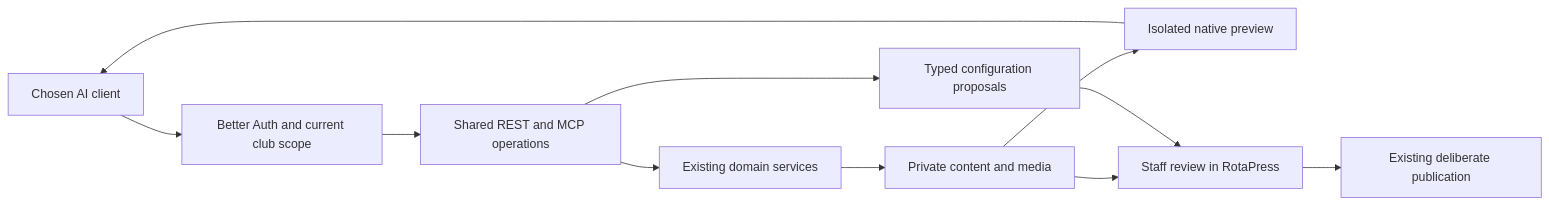
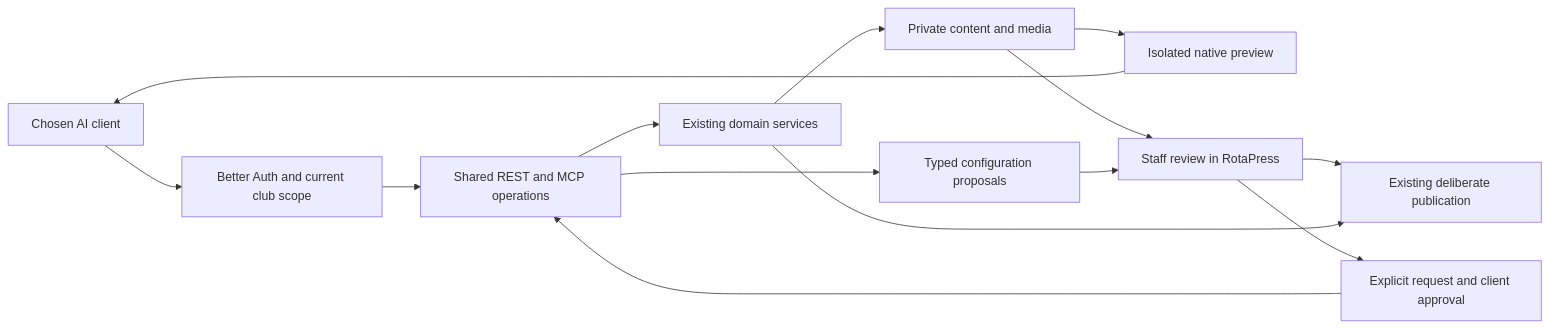
Before and after one commit to Rotaract-Luxembourg-ASBL/RotaPress: the diagram in docs/development/automation-workflows.md, drawn with Mermaid. The commit also changed other lines of this file and 62 other files, not shown here.

````diff
--- a/docs/development/automation-workflows.md
+++ b/docs/development/automation-workflows.md
@@ -59,13 +77,16 @@
 ```mermaid
 flowchart LR
   Client[Chosen AI client] --> Auth[Better Auth and current club scope]
   Auth --> Registry[Shared REST and MCP operations]
   Registry --> Services[Existing domain services]
   Services --> Drafts[Private content and media]
   Drafts --> Preview[Isolated native preview]
   Preview --> Client
   Drafts --> Review[Staff review in RotaPress]
   Registry --> Proposals[Typed configuration proposals]
   Proposals --> Review
   Review --> Public[Existing deliberate publication]
+  Review --> Request[Explicit request and client approval]
+  Request --> Registry
+  Services --> Public
 ```
````
